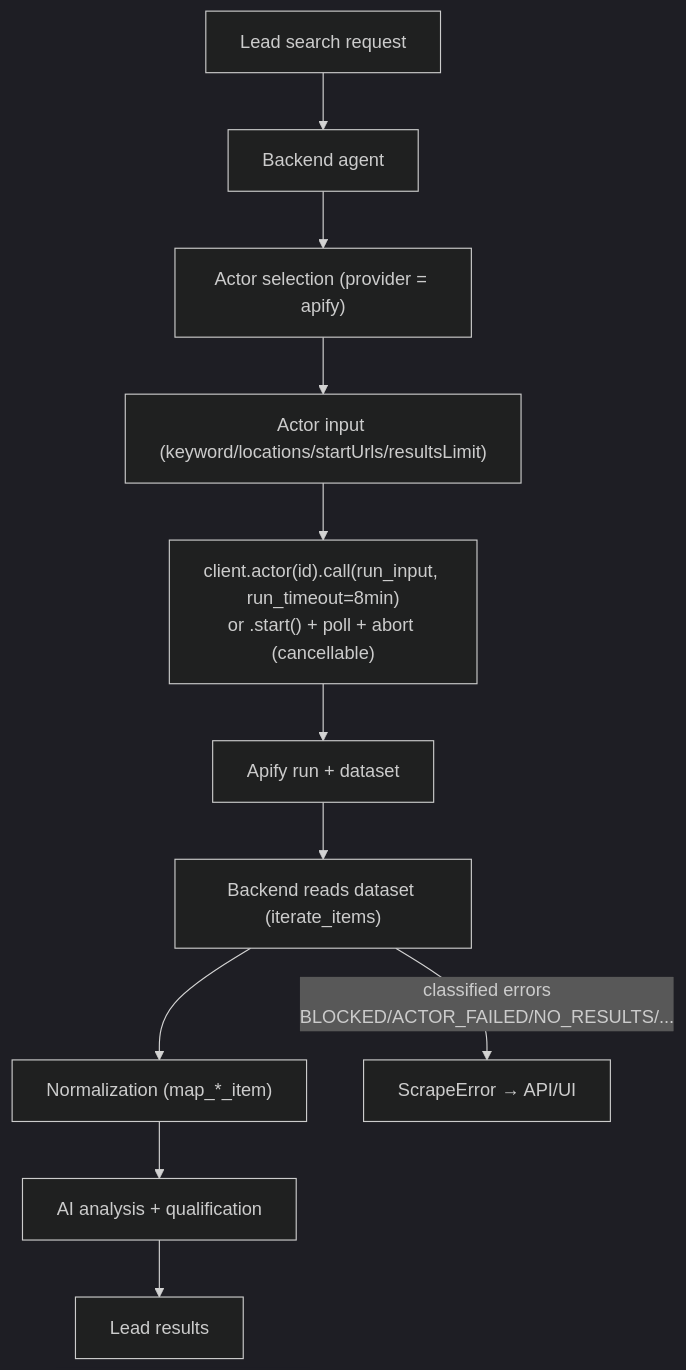
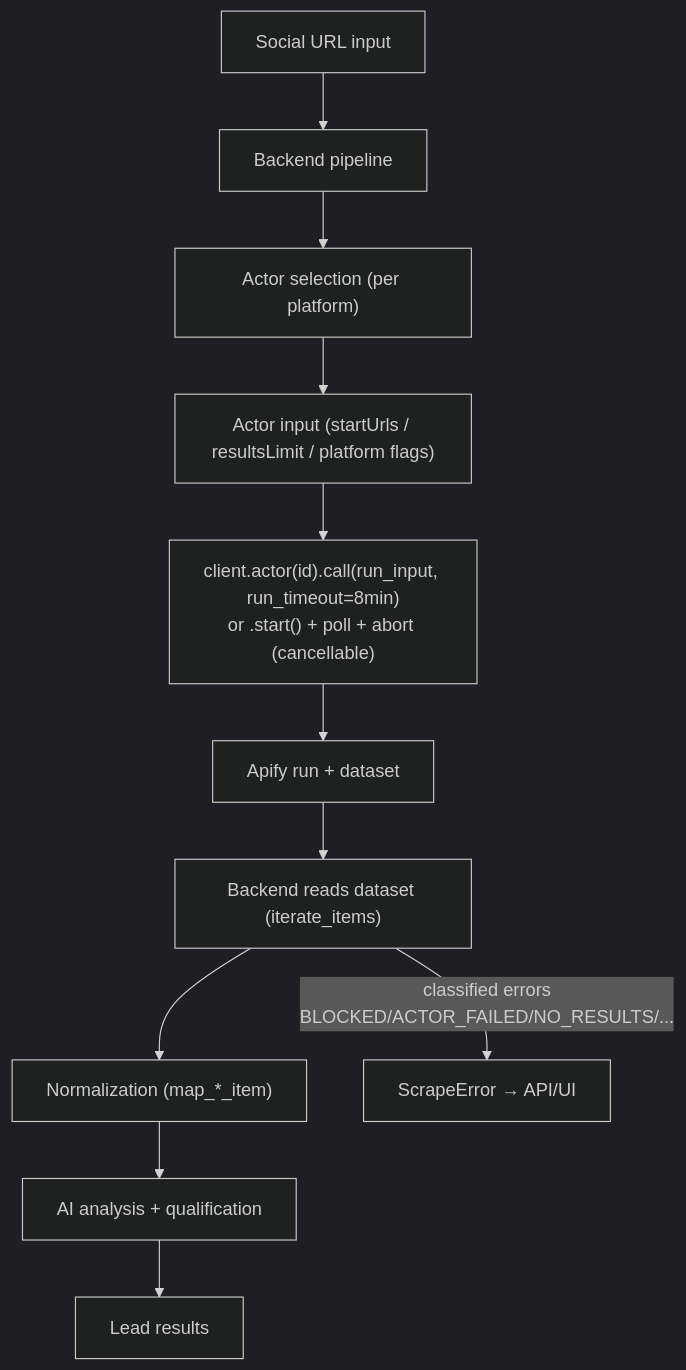
The second of 4 diagrams in README.md (saurabh95710/LEADAI), drawn with Mermaid (dark theme) before and after one commit. The commit also changed other lines of this file and 18 other files, not shown here.

Commit message:
remove the keyword serach engine  reamin only the url search engine

````diff
--- a/README.md
+++ b/README.md
@@ -585,13 +452,13 @@
 ```mermaid
 flowchart TD
-    R[Lead search request] --> B[Backend agent]
-    B --> S["Actor selection (provider = apify)"]
-    S --> I["Actor input (keyword/locations/startUrls/resultsLimit)"]
+    R[Social URL input] --> B[Backend pipeline]
+    B --> S["Actor selection (per platform)"]
+    S --> I["Actor input (startUrls / resultsLimit / platform flags)"]
     I --> C["client.actor(id).call(run_input, run_timeout=8min)<br/>or .start() + poll + abort (cancellable)"]
     C --> D[Apify run + dataset]
     D --> E["Backend reads dataset (iterate_items)"]
     E --> F["Normalization (map_*_item)"]
     F --> G[AI analysis + qualification]
     G --> H[Lead results]
     E -->|"classified errors<br/>BLOCKED/ACTOR_FAILED/NO_RESULTS/..."| ERR[ScrapeError → API/UI]
 ```
````
